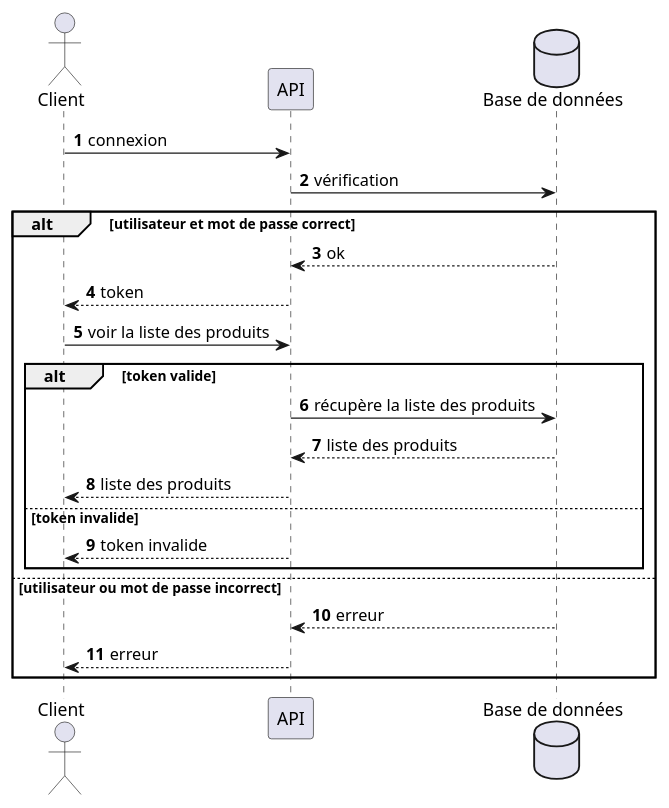
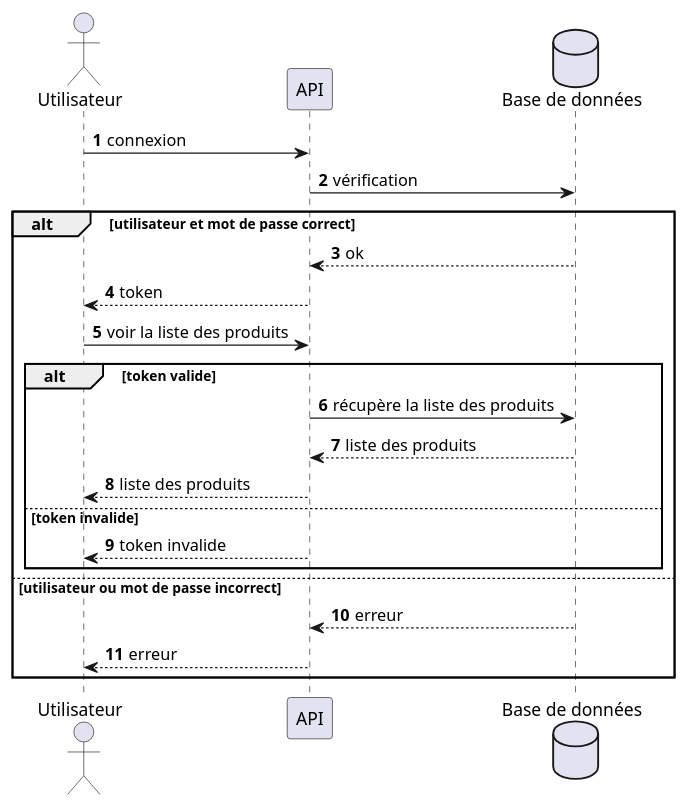
The diagram in diagrams/plantuml/sequence.puml (leomoille/BilmoAPI), drawn with PlantUML before and after one commit. The commit also changed 10 other files, not shown here.

Commit message:
:memo: Update diagrams!

```diff
--- a/diagrams/plantuml/sequence.puml
+++ b/diagrams/plantuml/sequence.puml
@@ -1,26 +1,26 @@
 @startuml
 'https://plantuml.com/sequence-diagram
 autonumber
 
-actor Client as user
+actor Utilisateur as user
 participant API as api
 database "Base de données" as db
 
 user -> api : connexion
 api -> db : vérification
 alt utilisateur et mot de passe correct
     api <-- db : ok
     user <-- api : token
     user -> api : voir la liste des produits
     alt token valide
     api -> db : récupère la liste des produits
     api <-- db : liste des produits
     user <-- api : liste des produits
     else token invalide
     user <-- api : token invalide
     end
 else utilisateur ou mot de passe incorrect
     api <-- db : erreur
     user <-- api : erreur
 end
 @enduml
```
